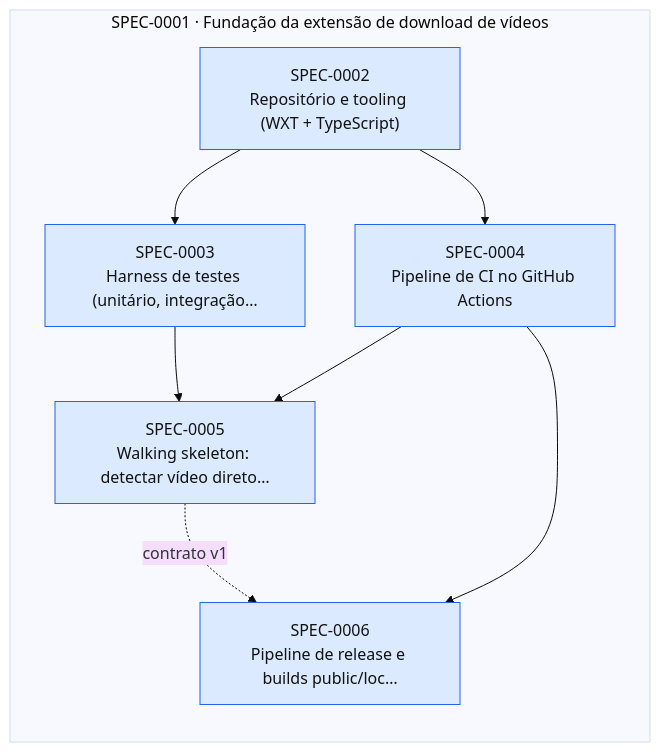
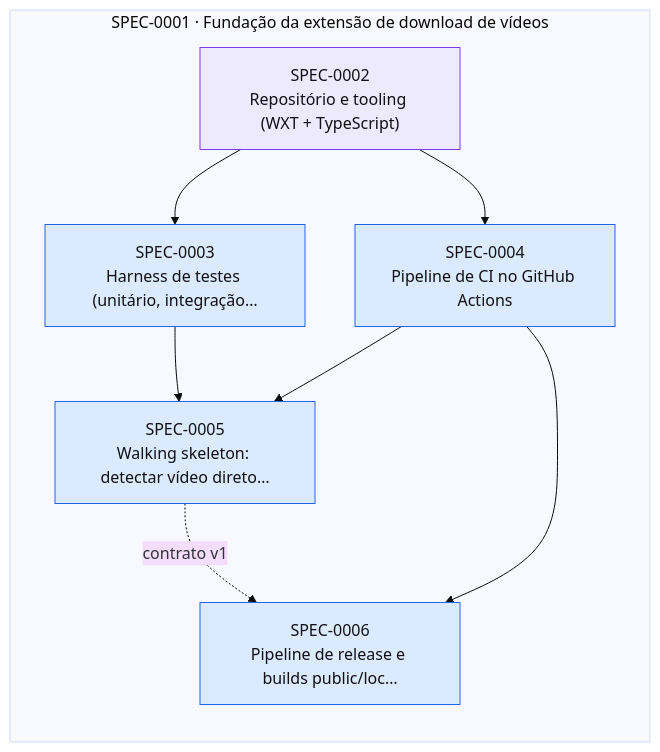
Before and after one commit to thomasravache/video-downloader: the diagram in docs/specs/INDEX.md, drawn with Mermaid (base theme). The commit also changed other lines of this file and 1 other file, not shown here.

First line of the commit message:
docs(sdd): record G5 for SPEC-0002 and refresh index

````diff
--- a/docs/specs/INDEX.md
+++ b/docs/specs/INDEX.md
@@ -60,21 +60,21 @@
 ```mermaid
 flowchart LR
   subgraph E0001["SPEC-0001 · Fundação da extensão de download de vídeos"]
-    S0002["SPEC-0002<br/>Repositório e tooling (WXT + TypeScript)"]:::approved
+    S0002["SPEC-0002<br/>Repositório e tooling (WXT + TypeScript)"]:::inprogress
     S0003["SPEC-0003<br/>Harness de testes (unitário, integração…"]:::approved
     S0004["SPEC-0004<br/>Pipeline de CI no GitHub Actions"]:::approved
     S0005["SPEC-0005<br/>Walking skeleton: detectar vídeo direto…"]:::approved
     S0006["SPEC-0006<br/>Pipeline de release e builds public/loc…"]:::approved
   end
   S0002 --> S0003
   S0002 --> S0004
   S0003 --> S0005
   S0004 --> S0005
   S0004 --> S0006
   S0005 -. contrato v1 .-> S0006
   classDef proposed fill:#fef3c7,stroke:#d97706,color:#111
   classDef approved fill:#dbeafe,stroke:#2563eb,color:#111
   classDef inprogress fill:#ede9fe,stroke:#7c3aed,color:#111
   classDef implemented fill:#dcfce7,stroke:#16a34a,color:#111
   classDef deprecated fill:#f3f4f6,stroke:#9ca3af,color:#6b7280
 ```
````
